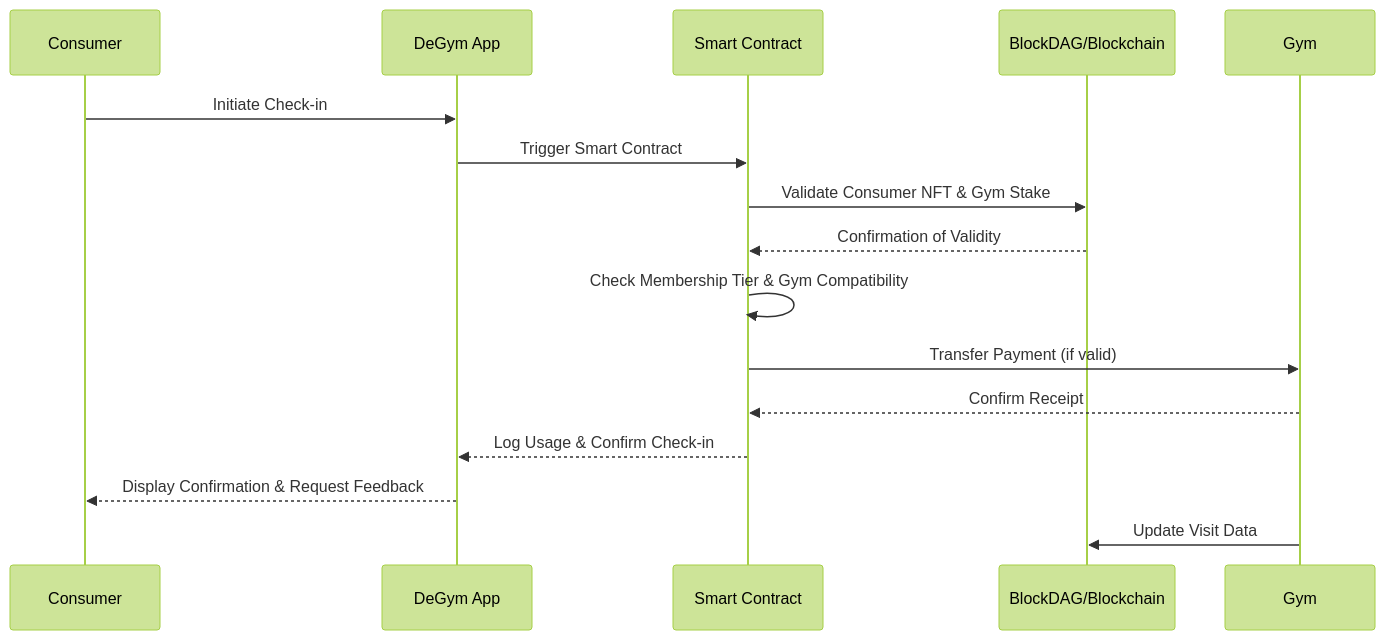
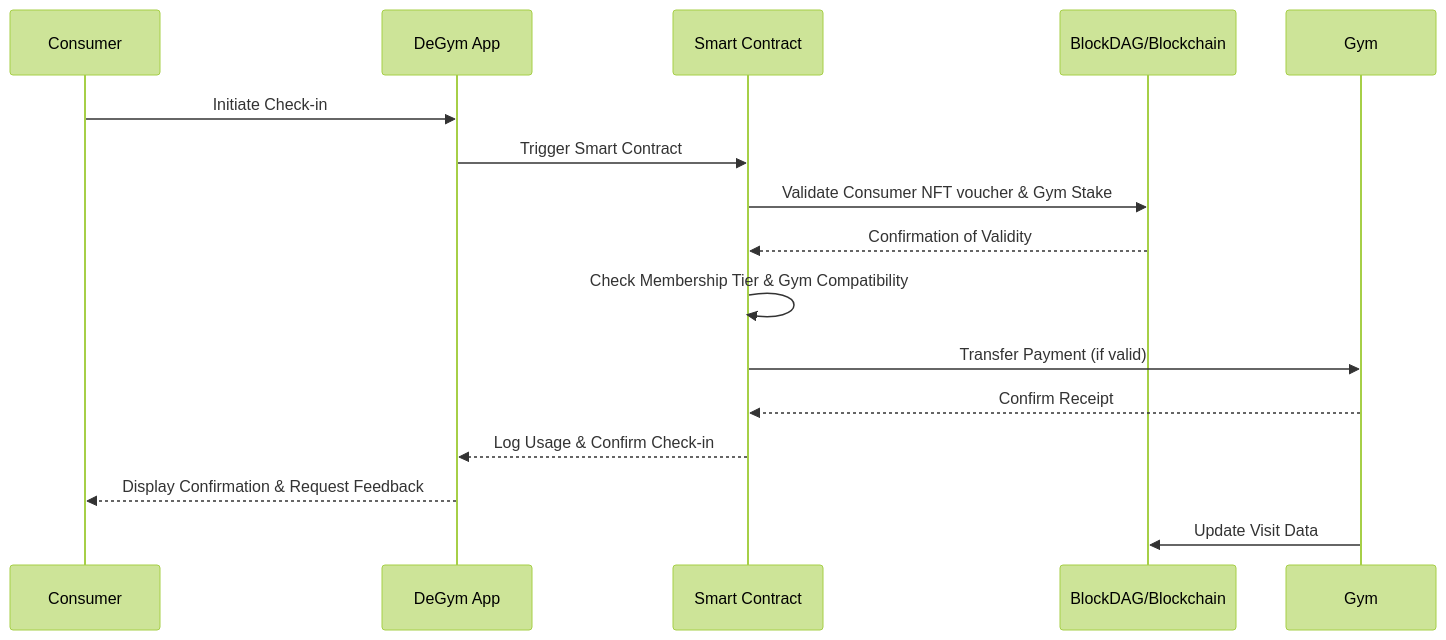
The diagram in gym-dao/check-in-process.md (DeGym/documentation), drawn with Mermaid before and after one commit. The commit also changed other lines of this file and 5 other files, not shown here.

Commit message:
Update NFT membeship to Gym Voucher naming

````diff
--- a/gym-dao/check-in-process.md
+++ b/gym-dao/check-in-process.md
@@ -31,22 +31,22 @@
 ```mermaid
 %%{init: {'theme': 'forest'}}%%
 
 sequenceDiagram
     participant U as Consumer
     participant App as DeGym App
     participant SC as Smart Contract
     participant B as BlockDAG/Blockchain
     participant G as Gym
 
     U->>App: Initiate Check-in
     App->>SC: Trigger Smart Contract
-    SC->>B: Validate Consumer NFT & Gym Stake
+    SC->>B: Validate Consumer NFT voucher & Gym Stake
     B-->>SC: Confirmation of Validity
     SC->>SC: Check Membership Tier & Gym Compatibility
     SC->>G: Transfer Payment (if valid)
     G-->>SC: Confirm Receipt
     SC-->>App: Log Usage & Confirm Check-in
     App-->>U: Display Confirmation & Request Feedback
     G->>B: Update Visit Data
 
 ```
````
